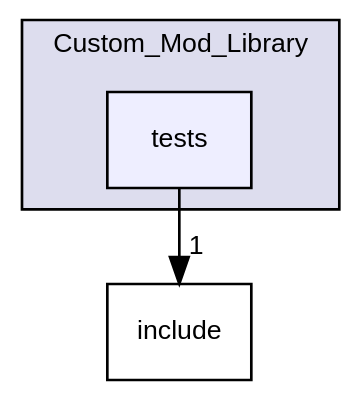
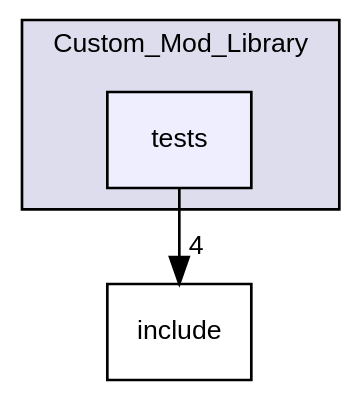
The diagram in dir_812f6d6e07ea60e21fdef9b4c803a47a_dep.dot (ejagombar/2021_Group_3), drawn with Graphviz before and after one commit. The commit also changed 56 other files, not shown here.

```diff
--- a/dir_812f6d6e07ea60e21fdef9b4c803a47a_dep.dot
+++ b/dir_812f6d6e07ea60e21fdef9b4c803a47a_dep.dot
@@ -1,12 +1,12 @@
 digraph "/home/runner/work/2021_Group_3/2021_Group_3/Custom_Mod_Library/tests" {
   bgcolor=transparent;
   compound=true
   node [ fontsize="10", fontname="Helvetica"];
   edge [ labelfontsize="10", labelfontname="Helvetica"];
   subgraph clusterdir_3d791e5d7456dbf61f6d7b678dfd72f4 {
     graph [ bgcolor="#ddddee", pencolor="black", label="Custom_Mod_Library" fontname="Helvetica", fontsize="10", URL="dir_3d791e5d7456dbf61f6d7b678dfd72f4.html"]
   dir_812f6d6e07ea60e21fdef9b4c803a47a [shape=box, label="tests", style="filled", fillcolor="#eeeeff", pencolor="black", URL="dir_812f6d6e07ea60e21fdef9b4c803a47a.html"];
   }
   dir_f5c7eabd21a874ae9d109060d168a55c [shape=box label="include" URL="dir_f5c7eabd21a874ae9d109060d168a55c.html"];
-  dir_812f6d6e07ea60e21fdef9b4c803a47a->dir_f5c7eabd21a874ae9d109060d168a55c [headlabel="1", labeldistance=1.5 headhref="dir_000003_000001.html"];
+  dir_812f6d6e07ea60e21fdef9b4c803a47a->dir_f5c7eabd21a874ae9d109060d168a55c [headlabel="4", labeldistance=1.5 headhref="dir_000003_000001.html"];
 }
```
